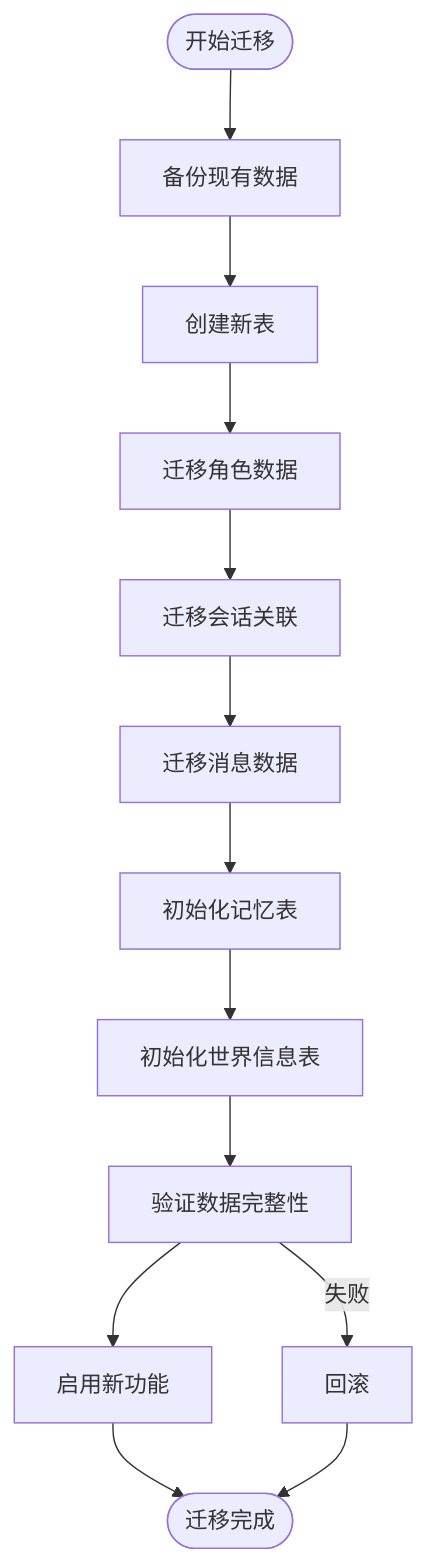
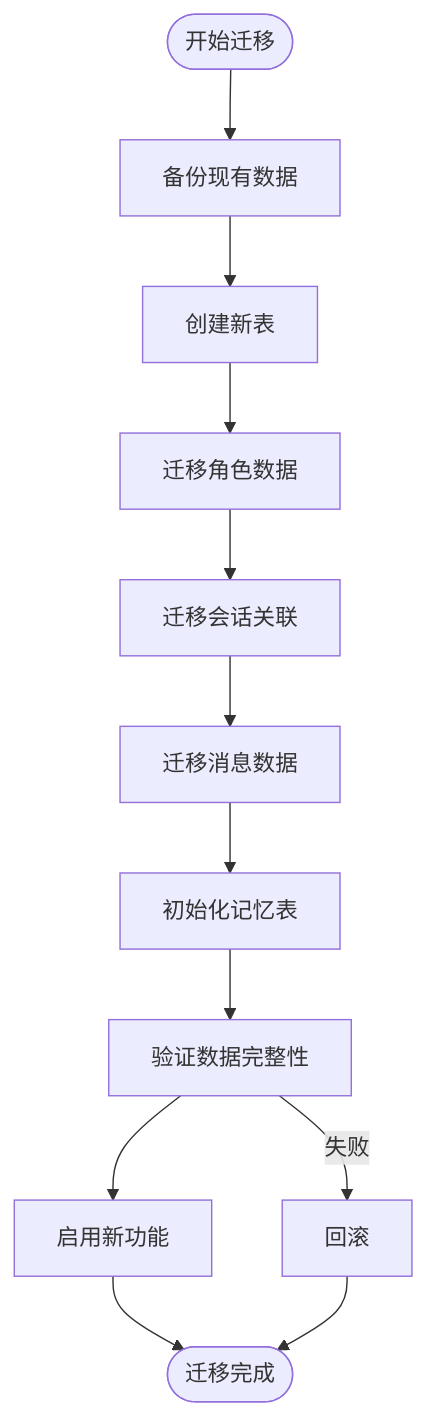
Before and after one commit to RudolphHuang/openclaw_doc: the tenth of 10 diagrams in bar/设计方案.md, drawn with Mermaid. The commit also changed other lines of this file and 3 other files, not shown here.

````diff
--- a/bar/设计方案.md
+++ b/bar/设计方案.md
@@ -796,21 +526,20 @@
 ```mermaid
 flowchart TB
     Start(["开始迁移"]) --> Backup["备份现有数据"]
     
     Backup --> CreateTables["创建新表"]
     CreateTables --> MigrateAgents["迁移角色数据"]
     
     MigrateAgents --> MigrateSessions["迁移会话关联"]
     MigrateSessions --> MigrateMessages["迁移消息数据"]
     
     MigrateMessages --> InitMemory["初始化记忆表"]
-    InitMemory --> InitWorldInfo["初始化世界信息表"]
     
-    InitWorldInfo --> Verify["验证数据完整性"]
+    InitMemory --> Verify["验证数据完整性"]
     Verify --> EnableFeatures["启用新功能"]
     
     EnableFeatures --> End(["迁移完成"])
     
     Verify -->|失败| Rollback["回滚"]
     Rollback --> End
 ```
````
